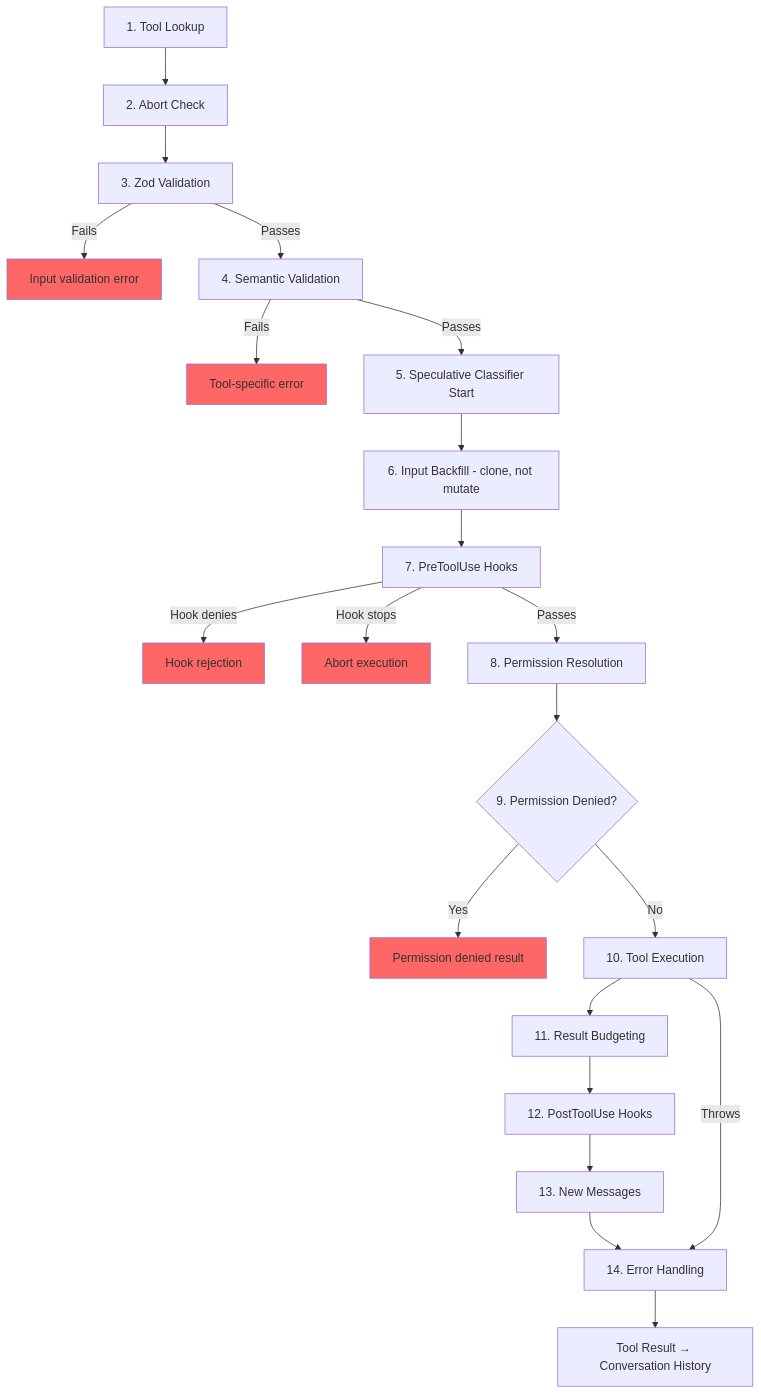
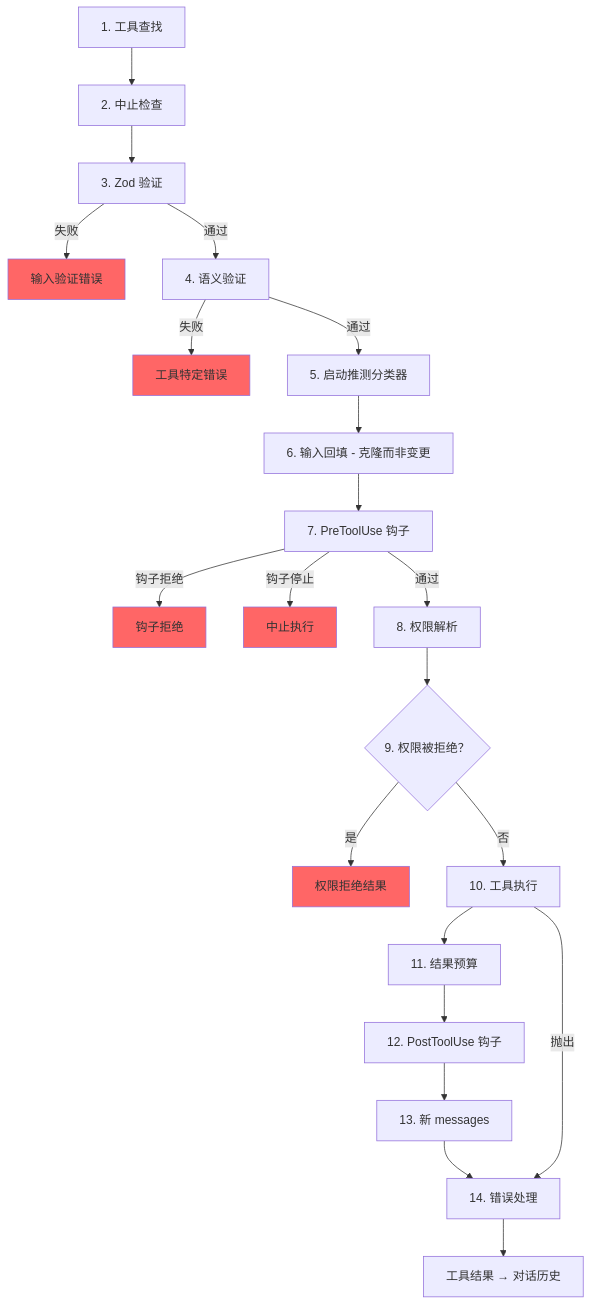
Before and after one commit to quanuanc/claude-code-from-source: the diagram in book-zh/ch06-tools.md, drawn with Mermaid. The commit also changed other lines of this file and 1 other file, not shown here.

````diff
--- a/book-zh/ch06-tools.md
+++ b/book-zh/ch06-tools.md
@@ -134,30 +127,30 @@
 ```mermaid
 graph TD
-    S1[1. Tool Lookup] --> S2[2. Abort Check]
-    S2 --> S3[3. Zod Validation]
-    S3 -->|Fails| ERR1[Input validation error]
-    S3 -->|Passes| S4[4. Semantic Validation]
-    S4 -->|Fails| ERR2[Tool-specific error]
-    S4 -->|Passes| S5[5. Speculative Classifier Start]
-    S5 --> S6[6. Input Backfill - clone, not mutate]
-    S6 --> S7[7. PreToolUse Hooks]
-    S7 -->|Hook denies| ERR3[Hook rejection]
-    S7 -->|Hook stops| STOP[Abort execution]
-    S7 -->|Passes| S8[8. Permission Resolution]
-    S8 --> S9{9. Permission Denied?}
-    S9 -->|Yes| ERR4[Permission denied result]
-    S9 -->|No| S10[10. Tool Execution]
-    S10 --> S11[11. Result Budgeting]
-    S11 --> S12[12. PostToolUse Hooks]
-    S12 --> S13[13. New Messages]
-    S13 --> S14[14. Error Handling]
-    S14 --> DONE[Tool Result → Conversation History]
+    S1[1. 工具查找] --> S2[2. 中止检查]
+    S2 --> S3[3. Zod 验证]
+    S3 -->|失败| ERR1[输入验证错误]
+    S3 -->|通过| S4[4. 语义验证]
+    S4 -->|失败| ERR2[工具特定错误]
+    S4 -->|通过| S5[5. 启动推测分类器]
+    S5 --> S6[6. 输入回填 - 克隆而非变更]
+    S6 --> S7[7. PreToolUse 钩子]
+    S7 -->|钩子拒绝| ERR3[钩子拒绝]
+    S7 -->|钩子停止| STOP[中止执行]
+    S7 -->|通过| S8[8. 权限解析]
+    S8 --> S9{9. 权限被拒绝？}
+    S9 -->|是| ERR4[权限拒绝结果]
+    S9 -->|否| S10[10. 工具执行]
+    S10 --> S11[11. 结果预算]
+    S11 --> S12[12. PostToolUse 钩子]
+    S12 --> S13[13. 新 messages]
+    S13 --> S14[14. 错误处理]
+    S14 --> DONE[工具结果 → 对话历史]
 
-    S10 -->|Throws| S14
+    S10 -->|抛出| S14
 
     style ERR1 fill:#f66
     style ERR2 fill:#f66
     style ERR3 fill:#f66
     style ERR4 fill:#f66
     style STOP fill:#f66
 ```
````
